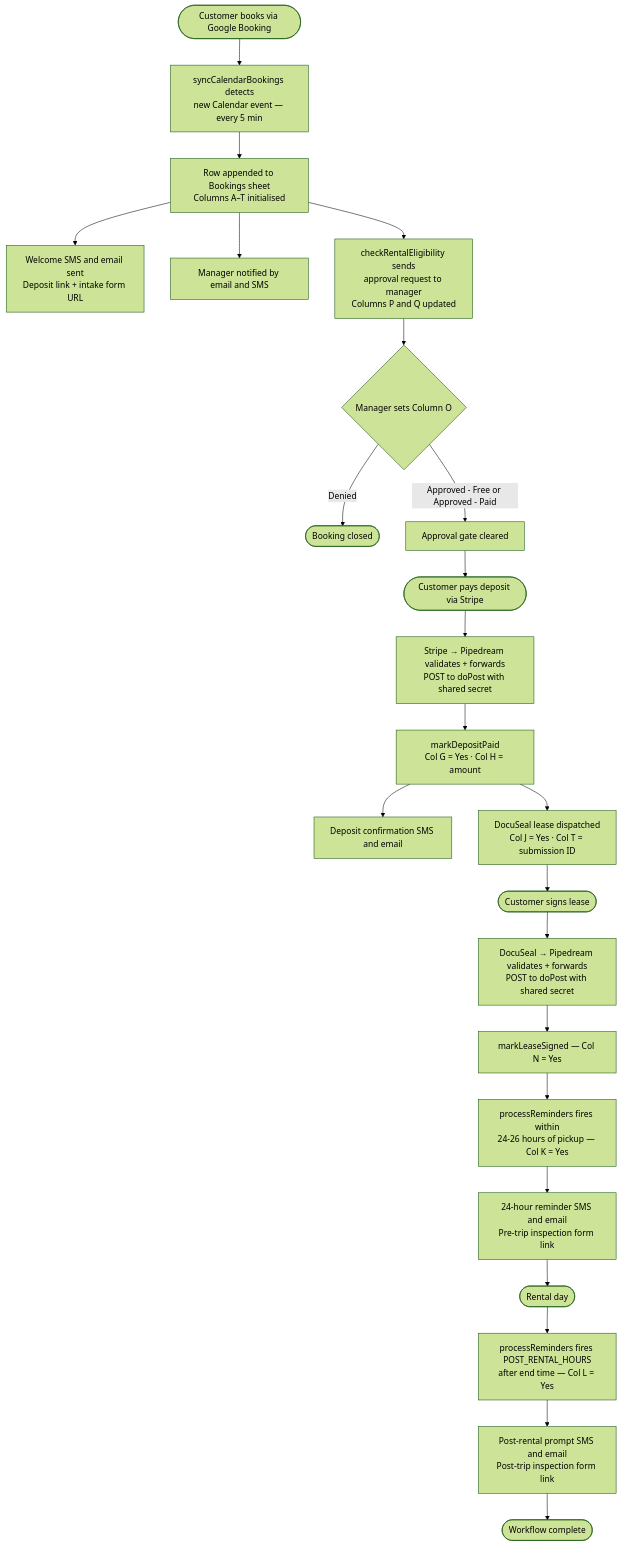
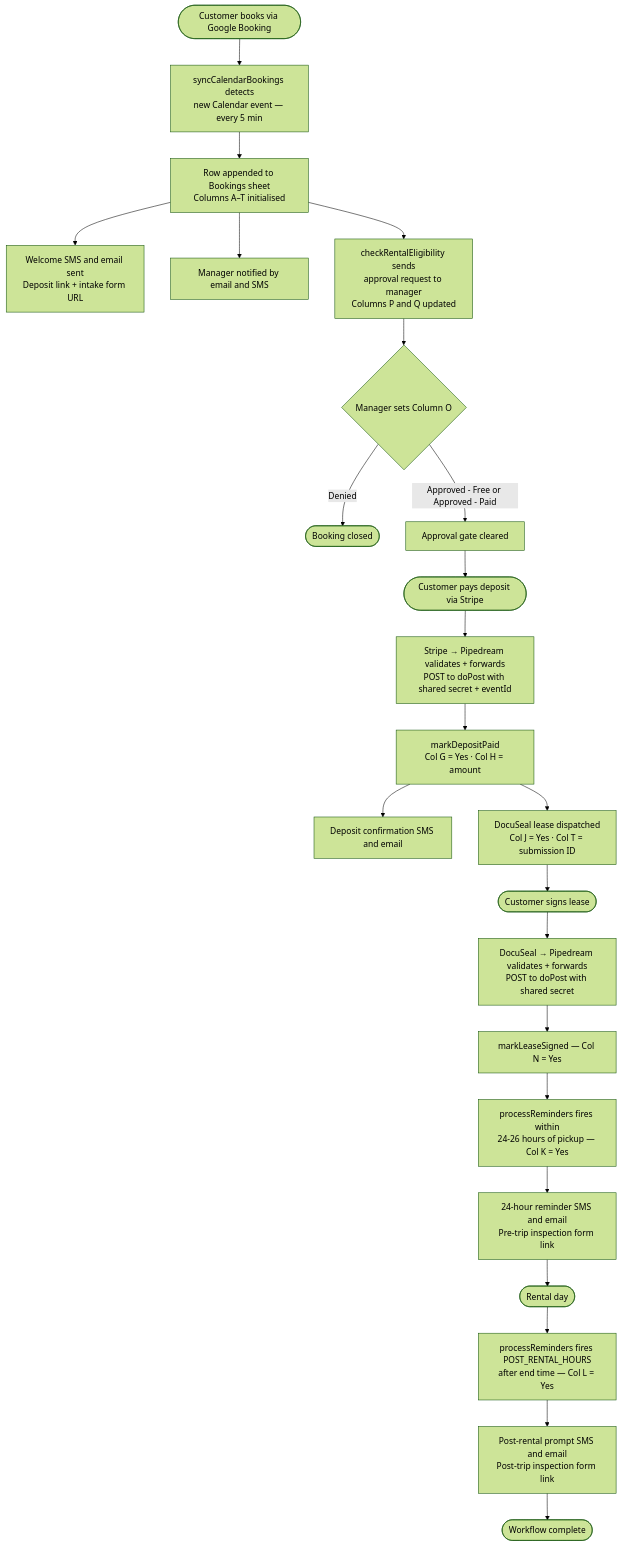
Before and after one commit to SolomonBell/vehicle-script: the first of 2 diagrams in README.md, drawn with Mermaid (forest theme). The commit also changed other lines of this file and 1 other file, not shown here.

````diff
--- a/README.md
+++ b/README.md
@@ -213,29 +218,29 @@
 ```mermaid
 flowchart TD
     A([Customer books via Google Booking]) --> B[syncCalendarBookings detects\nnew Calendar event — every 5 min]
     B --> C[Row appended to Bookings sheet\nColumns A–T initialised]
     C --> D[Welcome SMS and email sent\nDeposit link + intake form URL]
     C --> E[Manager notified by email and SMS]
     C --> F[checkRentalEligibility sends\napproval request to manager\nColumns P and Q updated]
 
     F --> G{Manager sets Column O}
     G -->|Denied| STOP([Booking closed])
     G -->|Approved - Free or Approved - Paid| H[Approval gate cleared]
 
     H --> I([Customer pays deposit via Stripe])
-    I --> J[Stripe → Pipedream validates + forwards\nPOST to doPost with shared secret]
+    I --> J[Stripe → Pipedream validates + forwards\nPOST to doPost with shared secret + eventId]
     J --> K[markDepositPaid\nCol G = Yes · Col H = amount]
     K --> L[Deposit confirmation SMS and email]
     K --> M[DocuSeal lease dispatched\nCol J = Yes · Col T = submission ID]
 
     M --> N([Customer signs lease])
     N --> O[DocuSeal → Pipedream validates + forwards\nPOST to doPost with shared secret]
     O --> P[markLeaseSigned — Col N = Yes]
 
     P --> Q[processReminders fires within\n24-26 hours of pickup — Col K = Yes]
     Q --> R[24-hour reminder SMS and email\nPre-trip inspection form link]
     R --> S([Rental day])
     S --> T[processReminders fires POST_RENTAL_HOURS\nafter end time — Col L = Yes]
     T --> U[Post-rental prompt SMS and email\nPost-trip inspection form link]
     U --> V([Workflow complete])
 ```
````
